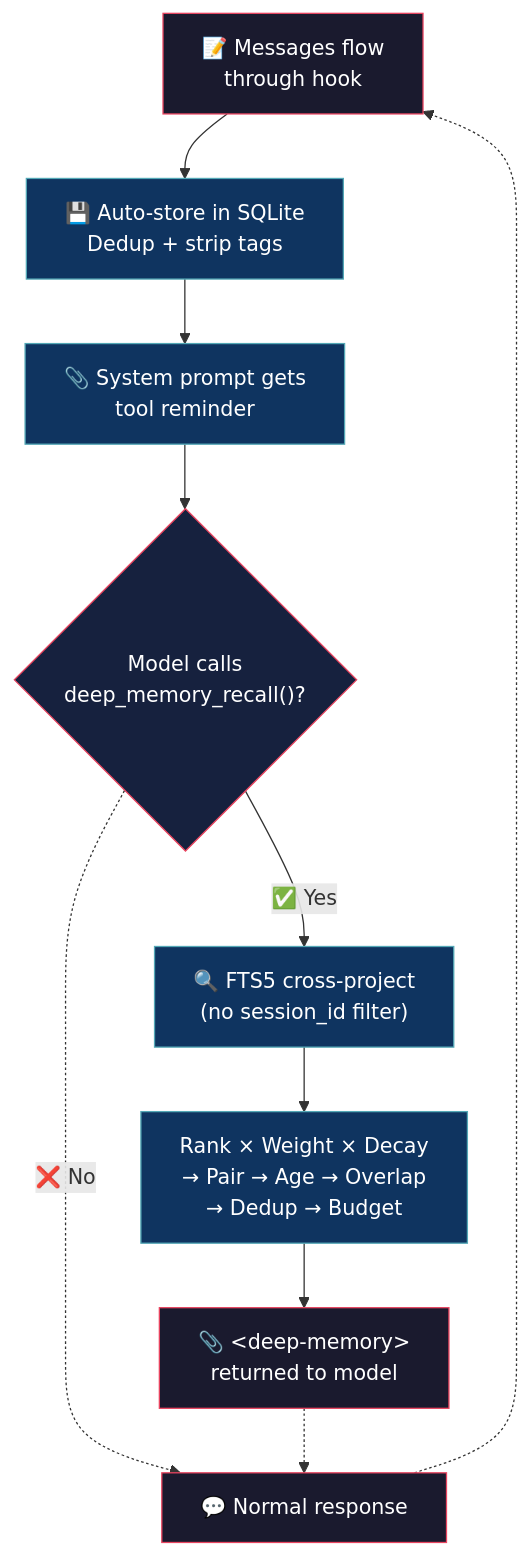
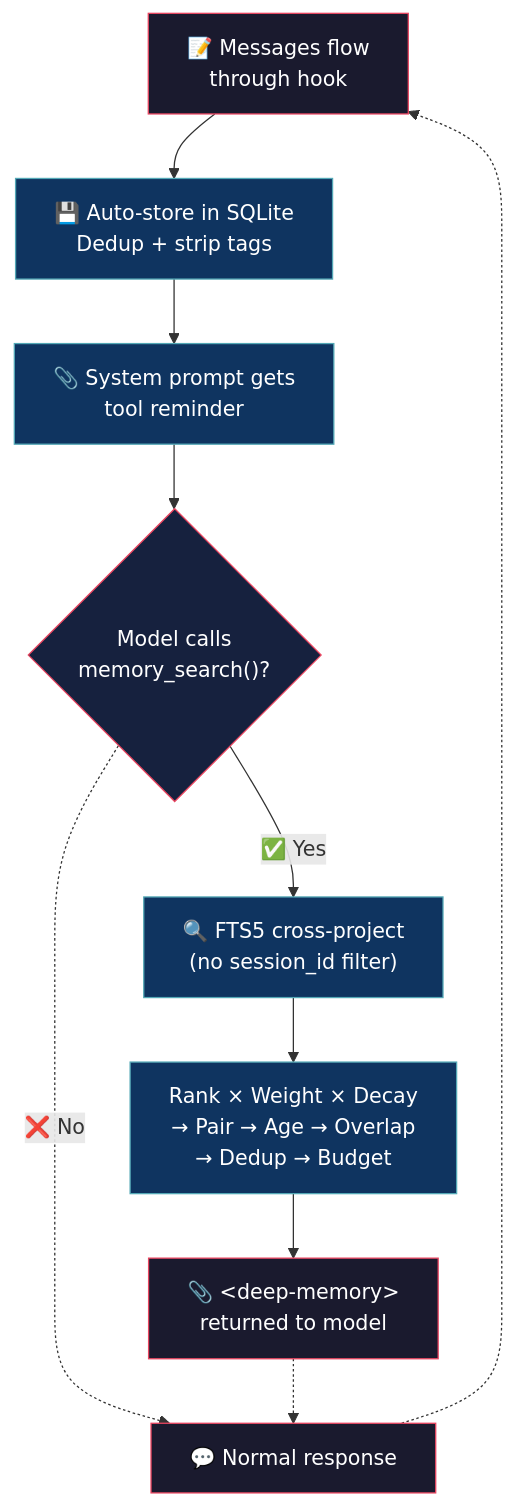
One commit to alejo54dev/opencode-deep-memory changed the diagram in README.md. Above: the diagram before and after it, drawn with Mermaid. The commit also changed other lines of this file and 2 other files, not shown here.

````diff
--- a/README.md
+++ b/README.md
@@ -31,23 +31,23 @@
 ```mermaid
 flowchart TD
     A["📝 Messages flow<br/>through hook"]
     A --> B["💾 Auto-store in SQLite<br/>Dedup + strip tags"]
     B --> C["📎 System prompt gets<br/>tool reminder"]
 
-    C --> D{"Model calls<br/>deep_memory_recall()?"}
+    C --> D{"Model calls<br/>memory_search()?"}
     D -->|"✅ Yes"| E["🔍 FTS5 cross-project<br/>(no session_id filter)"]
     E --> F["Rank × Weight × Decay<br/>→ Pair → Age → Overlap<br/>→ Dedup → Budget"]
     F --> G["📎 &lt;deep-memory&gt;<br/>returned to model"]
     D -.->|"❌ No"| H["💬 Normal response"]
     G -.-> H
     H -.-> A
 
     style A fill:#1a1a2e,stroke:#e94560,color:#fff
     style B fill:#0f3460,stroke:#53a8b6,color:#fff
     style C fill:#0f3460,stroke:#53a8b6,color:#fff
     style D fill:#16213e,stroke:#e94560,color:#fff
     style E fill:#0f3460,stroke:#53a8b6,color:#fff
     style F fill:#0f3460,stroke:#53a8b6,color:#fff
     style G fill:#1a1a2e,stroke:#e94560,color:#fff
     style H fill:#1a1a2e,stroke:#e94560,color:#fff
 ```
````
